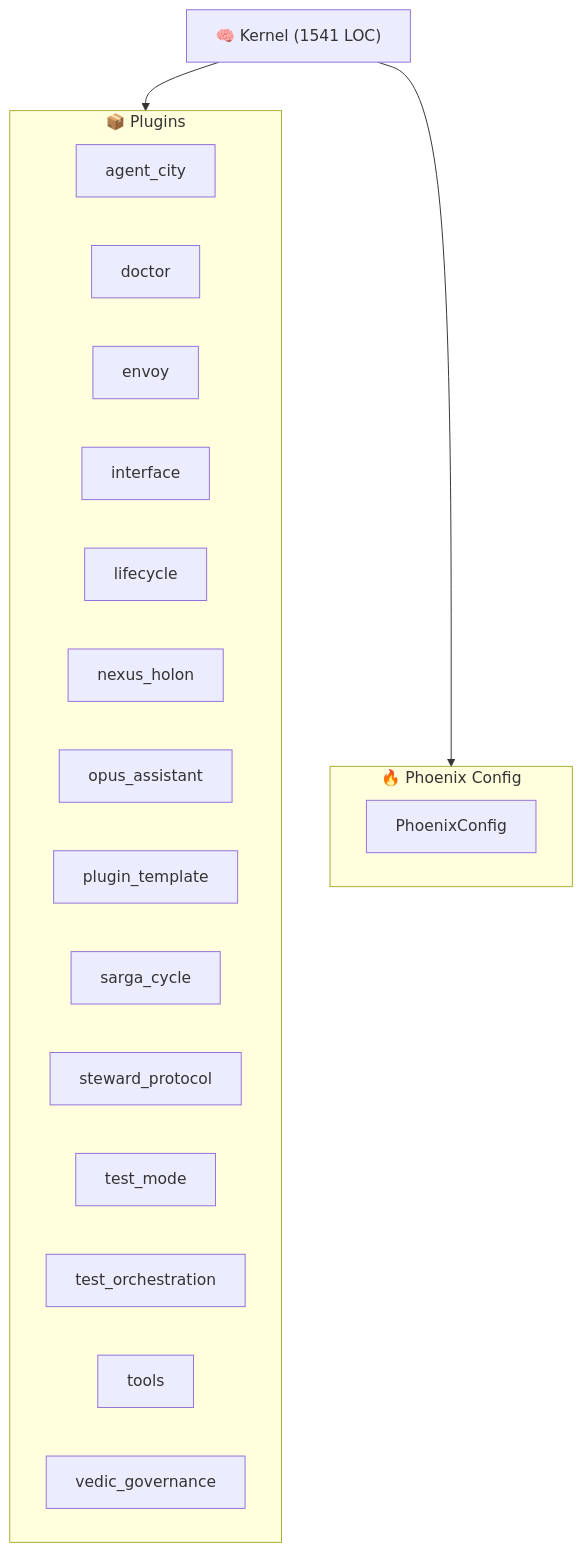
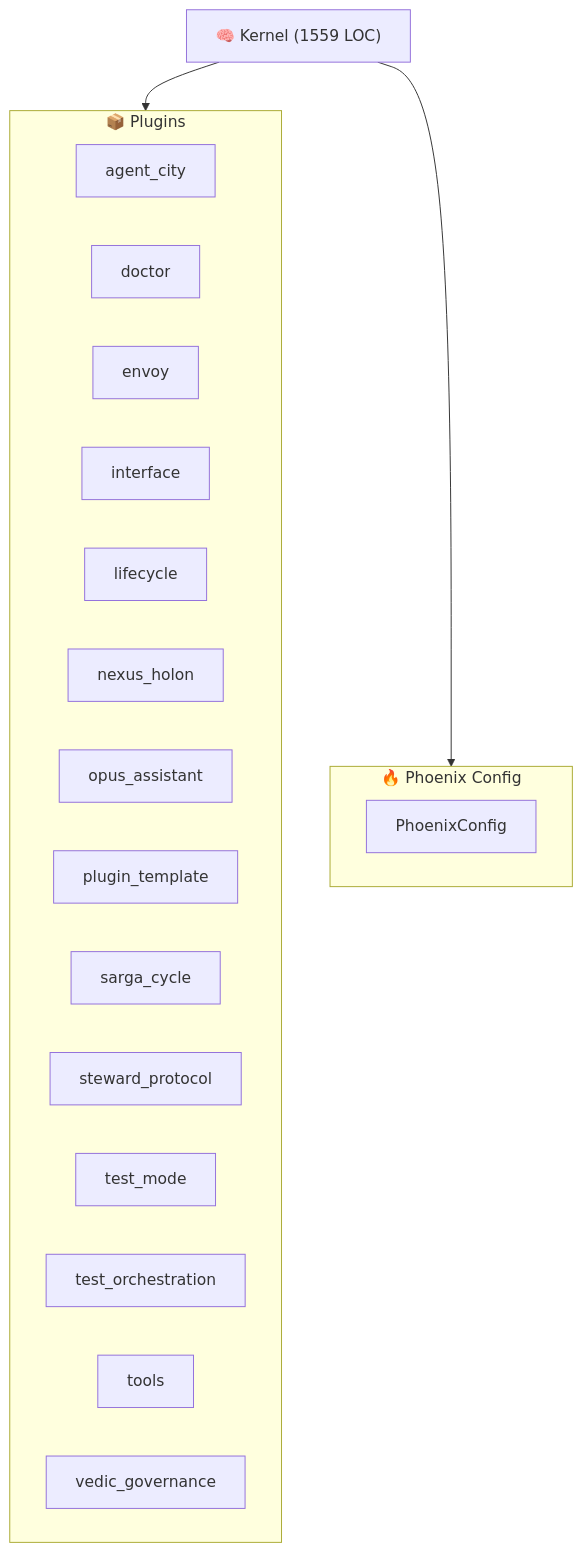
The diagram in ARCHITECTURE.md (kimeisele/steward-protocol), drawn with Mermaid before and after one commit. The commit also changed other lines of this file and 13 other files, not shown here.

````diff
--- a/ARCHITECTURE.md
+++ b/ARCHITECTURE.md
@@ -8,25 +8,25 @@
 ```mermaid
 graph TB
-    K["🧠 Kernel (1541 LOC)"]
+    K["🧠 Kernel (1559 LOC)"]
     subgraph Plugins["📦 Plugins"]
         P_agent_city["agent_city"]
         P_doctor["doctor"]
         P_envoy["envoy"]
         P_interface["interface"]
         P_lifecycle["lifecycle"]
         P_nexus_holon["nexus_holon"]
         P_opus_assistant["opus_assistant"]
         P_plugin_template["plugin_template"]
         P_sarga_cycle["sarga_cycle"]
         P_steward_protocol["steward_protocol"]
         P_test_mode["test_mode"]
         P_test_orchestration["test_orchestration"]
         P_tools["tools"]
         P_vedic_governance["vedic_governance"]
     end
     K --> Plugins
     subgraph Config["🔥 Phoenix Config"]
         PC[PhoenixConfig]
     end
     K --> Config
 ```
````
